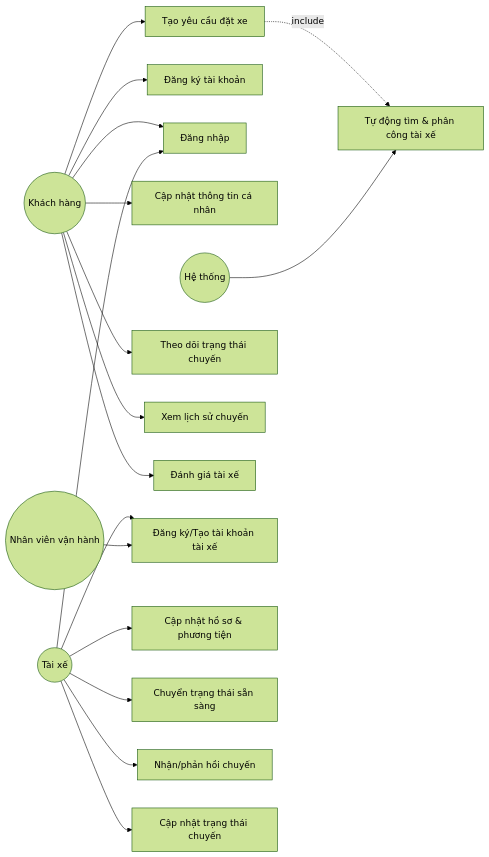
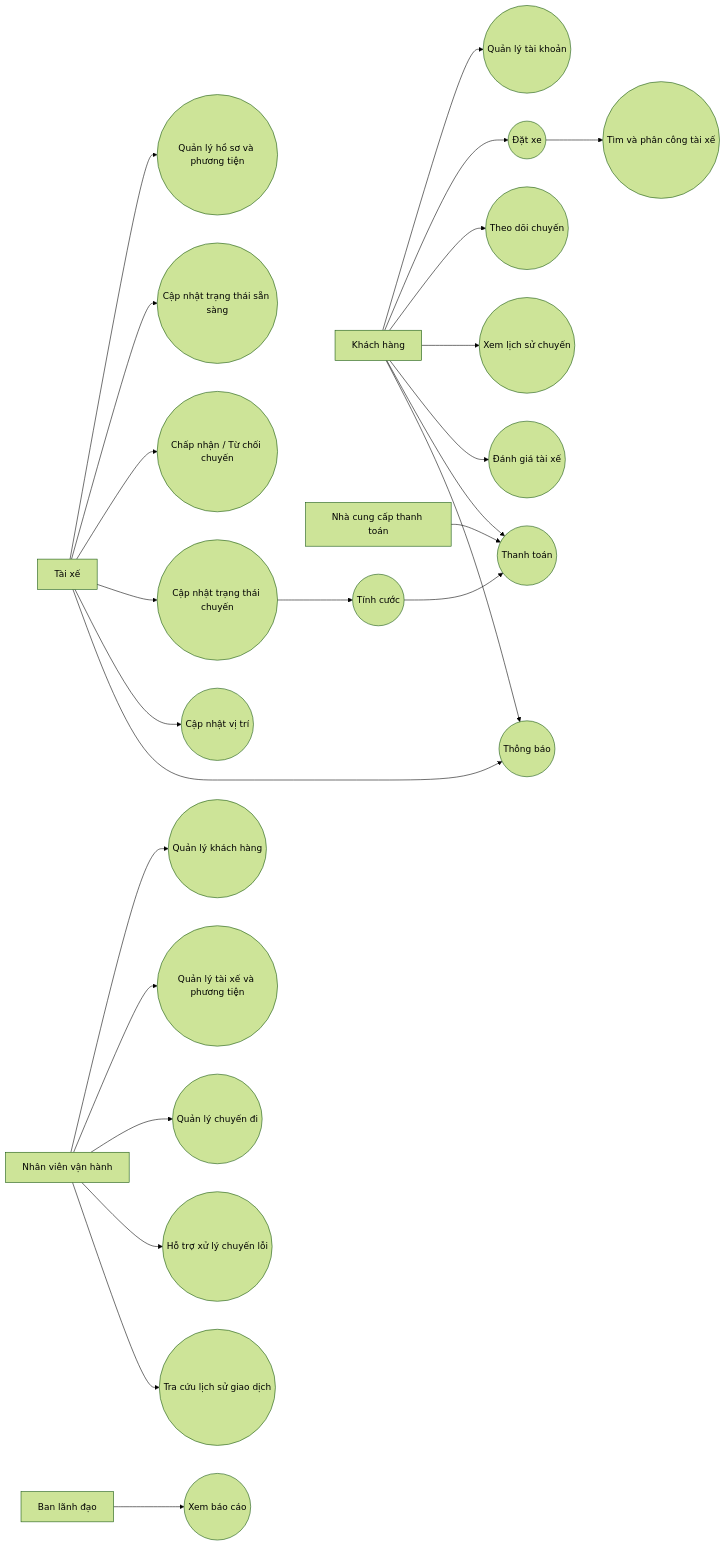
One commit to ngoclinh090608-wq/23707801_Nguyen-Thi-Ngoc-Linh_CABSYSTEM changed the sixth of 6 diagrams in srs.md. Above: the diagram before and after it, drawn with Mermaid (forest theme). The commit also changed other lines of this file, not shown here.

````diff
--- a/srs.md
+++ b/srs.md
@@ -336,27 +355,61 @@
 ```mermaid
 flowchart LR
-    Customer((Khách hàng))
-    Driver((Tài xế))
-    Ops((Nhân viên vận hành))
-    Sys((Hệ thống))
+    KH[Khách hàng]
+    TX[Tài xế]
+    NV[Nhân viên vận hành]
+    LD[Ban lãnh đạo]
+    PAY[Nhà cung cấp thanh toán]
 
-    Customer --> UC01[Đăng ký tài khoản]
-    Customer --> UC02[Đăng nhập]
-    Customer --> UC03[Cập nhật thông tin cá nhân]
-    Customer --> UC04[Tạo yêu cầu đặt xe]
-    Customer --> UC05[Theo dõi trạng thái chuyến]
-    Customer --> UC06[Xem lịch sử chuyến]
-    Customer --> UC07[Đánh giá tài xế]
+    UC01((Quản lý tài khoản))
+    UC02((Đặt xe))
+    UC03((Theo dõi chuyến))
+    UC04((Xem lịch sử chuyến))
+    UC05((Đánh giá tài xế))
 
-    Driver --> UC02
-    Driver --> UC08[Đăng ký/Tạo tài khoản tài xế]
-    Driver --> UC09[Cập nhật hồ sơ & phương tiện]
-    Driver --> UC10[Chuyển trạng thái sẵn sàng]
-    Driver --> UC11[Nhận/phản hồi chuyến]
-    Driver --> UC12[Cập nhật trạng thái chuyến]
+    UC06((Quản lý hồ sơ và phương tiện))
+    UC07((Cập nhật trạng thái sẵn sàng))
+    UC08((Chấp nhận / Từ chối chuyến))
+    UC09((Cập nhật trạng thái chuyến))
+    UC10((Cập nhật vị trí))
 
-    Ops --> UC08
+    UC11((Tìm và phân công tài xế))
+    UC12((Tính cước))
+    UC13((Thanh toán))
+    UC14((Thông báo))
 
-    UC04 -.include.-> UC13[Tự động tìm & phân công tài xế]
-    Sys --> UC13
+    UC15((Quản lý khách hàng))
+    UC16((Quản lý tài xế và phương tiện))
+    UC17((Quản lý chuyến đi))
+    UC18((Hỗ trợ xử lý chuyến lỗi))
+    UC19((Tra cứu lịch sử giao dịch))
+    UC20((Xem báo cáo))
+
+    KH --> UC01
+    KH --> UC02
+    KH --> UC03
+    KH --> UC04
+    KH --> UC05
+    KH --> UC13
+    KH --> UC14
+
+    TX --> UC06
+    TX --> UC07
+    TX --> UC08
+    TX --> UC09
+    TX --> UC10
+    TX --> UC14
+
+    UC02 --> UC11
+    UC09 --> UC12
+    UC12 --> UC13
+
+    PAY --> UC13
+
+    NV --> UC15
+    NV --> UC16
+    NV --> UC17
+    NV --> UC18
+    NV --> UC19
+
+    LD --> UC20
 ```
````
